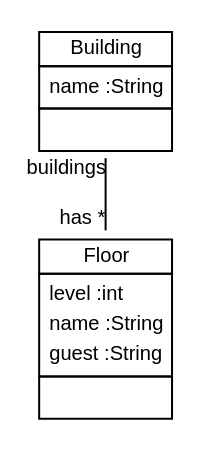
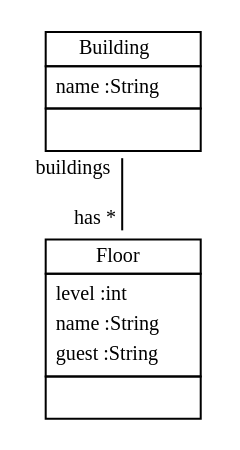
The diagram in doc/ManuallyImprovedLearnedClassDiag.dot (fujaba/SDMLib), drawn with Graphviz before and after one commit. The commit also changed 45 other files, not shown here.

```diff
--- a/doc/ManuallyImprovedLearnedClassDiag.dot
+++ b/doc/ManuallyImprovedLearnedClassDiag.dot
@@ -1,13 +1,13 @@
 
  digraph ClassDiagram {
-    node [shape = none, fontsize = 10, fontname = "Arial"]; 
-    edge [fontsize = 10, fontname = "Arial"];
+    node [shape = none, fontsize = 10]; 
+    edge [fontsize = 10];
     
     
     _Building [label=<<table border='0' cellborder='1' cellspacing='0'> <tr> <td HREF="../test/de/kassel/roombook/Building.java">Building</td> </tr> <tr><td><table border='0' cellborder='0' cellspacing='0'> <tr><td align='left'>name :String</td></tr>  </table></td></tr> <tr><td><table border='0' cellborder='0' cellspacing='0'> <tr><td> </td></tr> </table></td></tr> </table>>];
     _Floor [label=<<table border='0' cellborder='1' cellspacing='0'> <tr> <td HREF="../test/de/kassel/roombook/Floor.java">Floor</td> </tr> <tr><td><table border='0' cellborder='0' cellspacing='0'> <tr><td align='left'>level :int</td></tr> <tr><td align='left'>name :String</td></tr> <tr><td align='left'>guest :String</td></tr>  </table></td></tr> <tr><td><table border='0' cellborder='0' cellspacing='0'> <tr><td> </td></tr> </table></td></tr> </table>>];
     
     
     
     _Building -> _Floor [headlabel = "has *" taillabel = "buildings" arrowhead = "none" ];
 }
```
